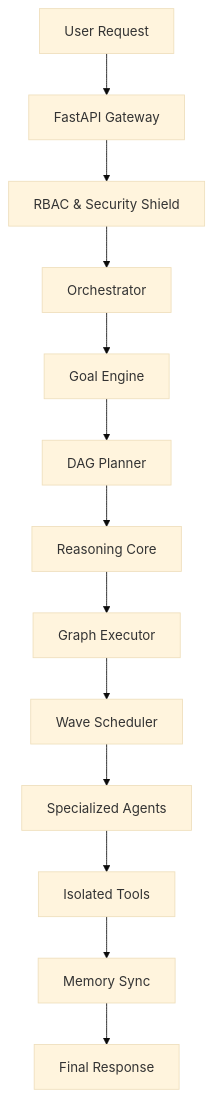
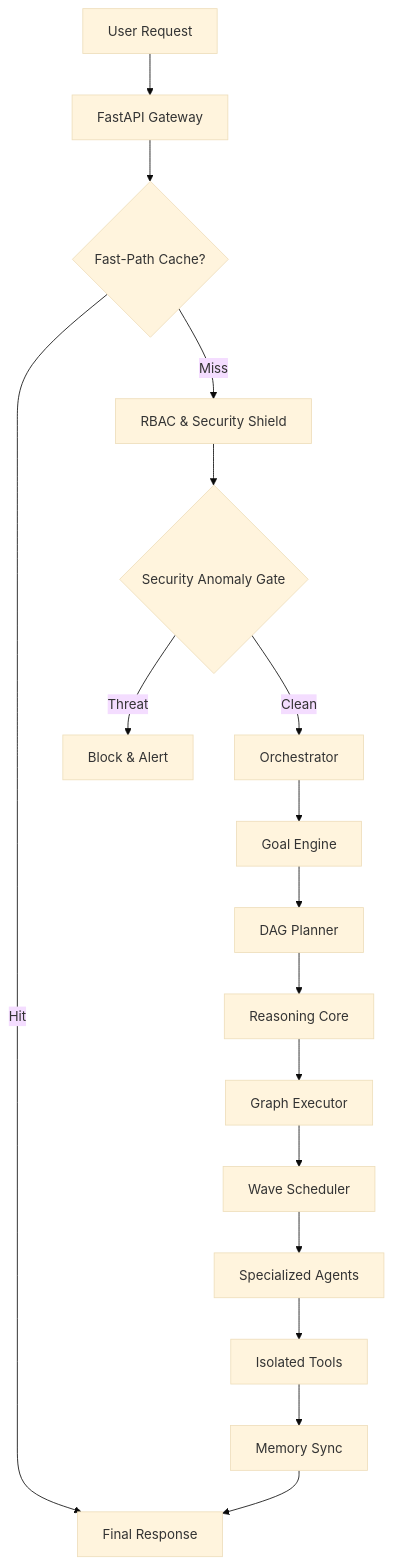
Before and after one commit to Blackdrg/levi-ai-innovate: the first of 4 diagrams in README.md, drawn with Mermaid (base theme). The commit also changed other lines of this file and 24 other files, not shown here.

````diff
--- a/README.md
+++ b/README.md
@@ -89,15 +96,19 @@
 ```mermaid
 graph TD
     User[User Request] --> Gateway[FastAPI Gateway]
-    Gateway --> Auth[RBAC & Security Shield]
-    Auth --> Orchestrator[Orchestrator]
+    Gateway --> FastPath{Fast-Path Cache?}
+    FastPath -- Hit --> Response[Response]
+    FastPath -- Miss --> Auth[RBAC & Security Shield]
+    Auth --> SecurityGate{Security Anomaly Gate}
+    SecurityGate -- Threat --> Block[Block & Alert]
+    SecurityGate -- Clean --> Orchestrator[Orchestrator]
     Orchestrator --> Goal[Goal Engine]
     Goal --> Planner[DAG Planner]
     Planner --> Reasoning[Reasoning Core]
     Reasoning --> Executor[Graph Executor]
     Executor --> Wave[Wave Scheduler]
     Wave --> Agents[Specialized Agents]
     Agents --> Tools[Isolated Tools]
     Tools --> Memory[Memory Sync]
     Memory --> Response[Final Response]
 ```
````
